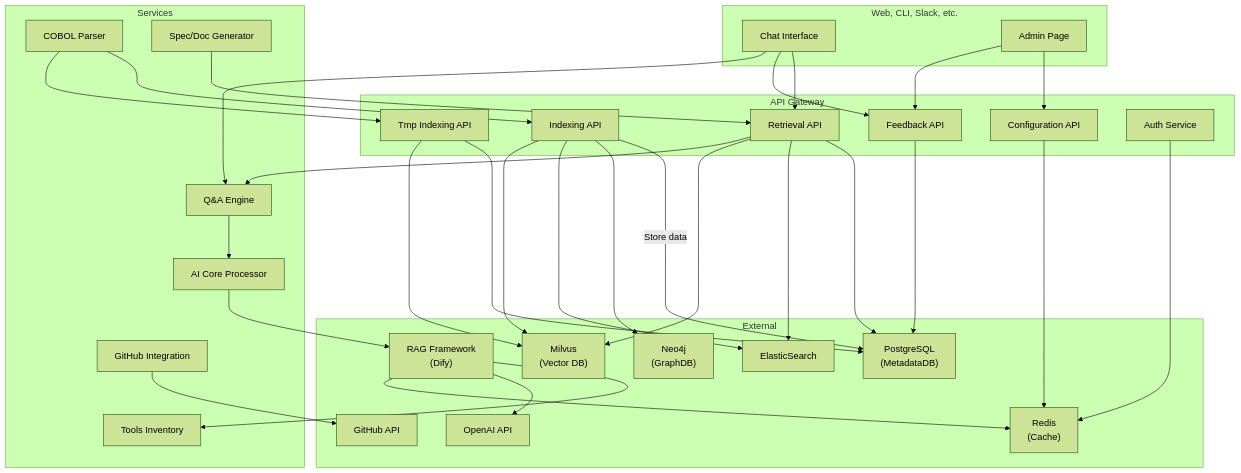
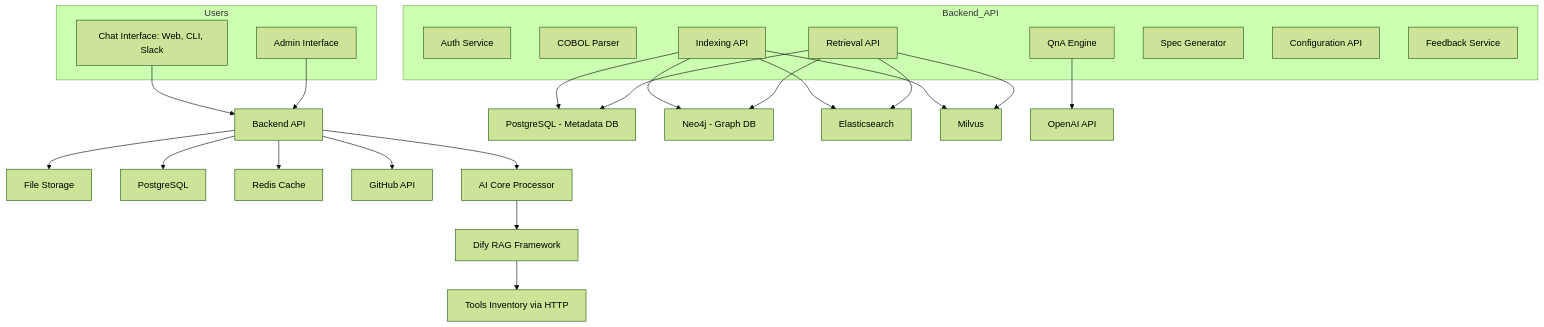
The second of 2 diagrams in _draft/C2B/CA-Design.md (anhttmle/anhttmle.github.io), drawn with Mermaid (forest theme) before and after one commit. The commit also changed other lines of this file, not shown here.

````diff
--- a/_draft/C2B/CA-Design.md
+++ b/_draft/C2B/CA-Design.md
@@ -117,72 +121,44 @@
 ```mermaid
-flowchart TB
-  subgraph Client["Web, CLI, Slack, etc."]
-    ChatUI["Chat Interface"]
-    AdminUI["Admin Page"]
-  end
+flowchart TD
+    subgraph Users
+        ChatUI[Chat Interface: Web, CLI, Slack]
+        AdminUI[Admin Interface]
+    end
 
-  subgraph API_Gateway["API Gateway"]
-    IndexingAPI["Indexing API"]
-    TmpIndexingAPI["Tmp Indexing API"]
-    RetrievalAPI["Retrieval API"]
-    ConfigAPI["Configuration API"]
-    FeedbackAPI["Feedback API"]
-    AuthAPI["Auth Service"]
-  end
+    ChatUI --> API[Backend API]
+    AdminUI --> API
 
-  subgraph Services
-    COBOLParser["COBOL Parser"]
-    DocGen["Spec/Doc Generator"]
-    QAEngine["Q&A Engine"]
-    GitHubService["GitHub Integration"]
-    AICore["AI Core Processor"]
-    Tools["Tools Inventory"]
-  end
+    subgraph Backend_API
+        Auth[Auth Service]
+        Parser[COBOL Parser]
+        Indexing[Indexing API]
+        Retrieval[Retrieval API]
+        QA[QnA Engine]
+        SpecGen[Spec Generator]
+        Config[Configuration API]
+        Feedback[Feedback Service]
+    end
 
-  subgraph External
-    PostgreSQL["PostgreSQL\n(MetadataDB)"]
-    Neo4j["Neo4j\n(GraphDB)"]
-    Elastic["ElasticSearch"]
-    Milvus["Milvus\n(Vector DB)"]
-    Redis["Redis\n(Cache)"]
-    OpenAI["OpenAI API"]
-    GitHub["GitHub API"]
-    Dify["RAG Framework\n(Dify)"]
-  end
+    API --> FileStorage[File Storage]
+    API --> DB[PostgreSQL]
+    API --> Redis[Redis Cache]
+    API --> GitHub[GitHub API]
+    API --> AICore[AI Core Processor]
 
-  ChatUI --> RetrievalAPI
-  ChatUI --> FeedbackAPI
-  ChatUI --> QAEngine
+    AICore --> RAG[Dify RAG Framework]
+    RAG --> Tools[Tools Inventory via HTTP]
 
-  AdminUI --> ConfigAPI
-  AdminUI --> FeedbackAPI
+    Indexing --> MetadataDB[PostgreSQL - Metadata DB]
+    Indexing --> GraphDB[Neo4j - Graph DB]
+    Indexing --> SearchEngine[Elasticsearch]
+    Indexing --> VectorDB[Milvus]
 
-  IndexingAPI -->|Store data| PostgreSQL
-  IndexingAPI --> Neo4j
-  IndexingAPI --> Elastic
-  IndexingAPI --> Milvus
+    Retrieval --> MetadataDB
+    Retrieval --> GraphDB
+    Retrieval --> SearchEngine
+    Retrieval --> VectorDB
 
-  TmpIndexingAPI --> PostgreSQL
-  TmpIndexingAPI --> Milvus
+    QA --> OpenAI[OpenAI API]
 
-  RetrievalAPI --> PostgreSQL
-  RetrievalAPI --> Elastic
-  RetrievalAPI --> Milvus
-  RetrievalAPI --> QAEngine
-
-  QAEngine --> AICore
-  AICore --> Dify
-  Dify --> Tools
-  Dify --> OpenAI
-  Dify --> Redis
-
-  GitHubService --> GitHub
-  COBOLParser --> IndexingAPI
-  COBOLParser --> TmpIndexingAPI
-  DocGen --> RetrievalAPI
-
-  ConfigAPI --> Redis
-  FeedbackAPI --> PostgreSQL
-  AuthAPI --> Redis
 
 ```
````
